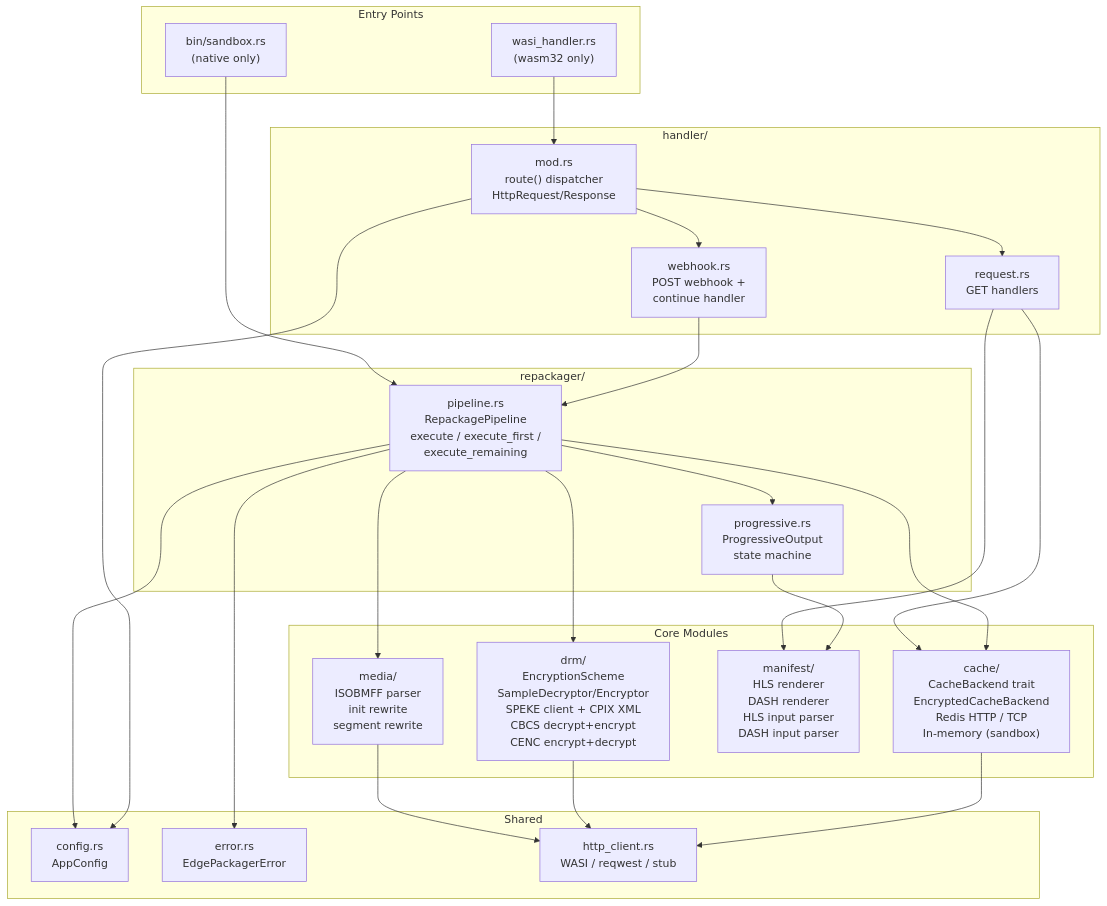
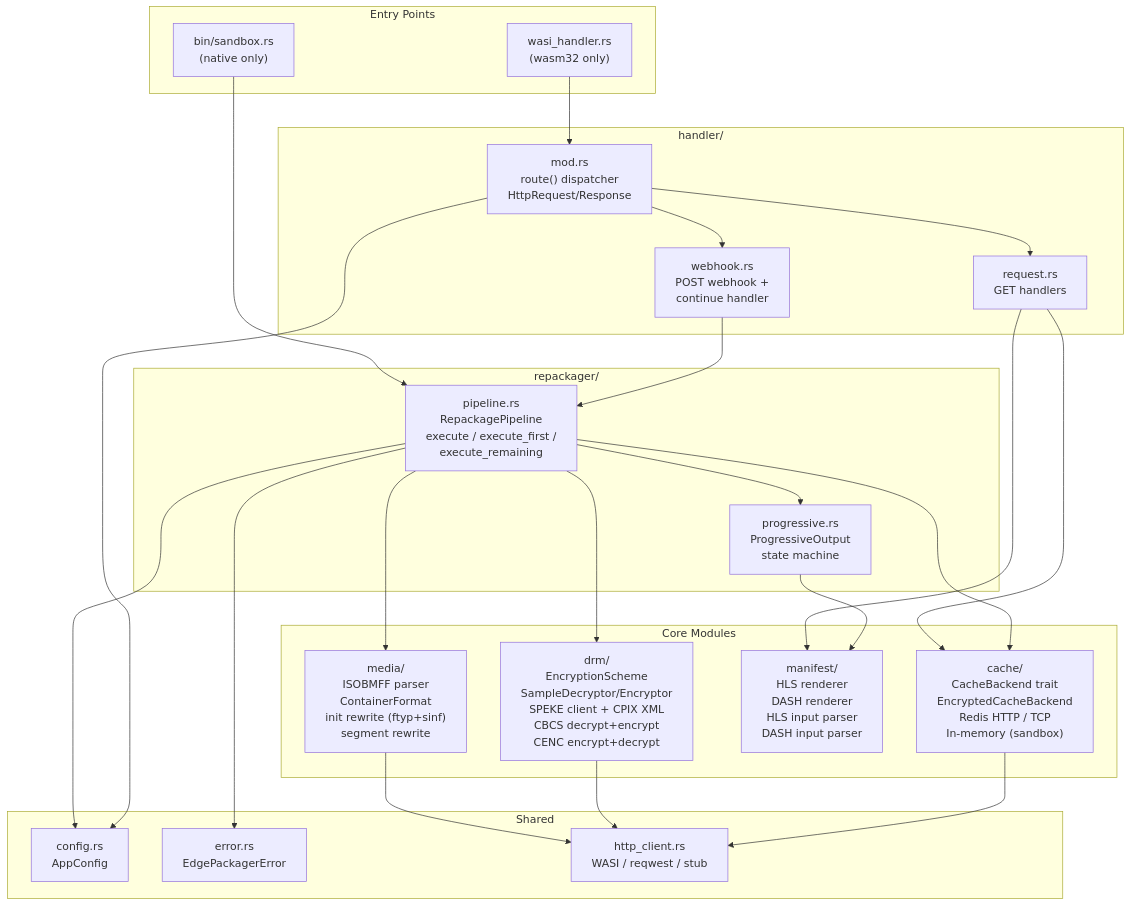
Before and after one commit to adrums86/edgepack: the third of 10 diagrams in docs/architecture.md, drawn with Mermaid. The commit also changed other lines of this file and 19 other files, not shown here.

````diff
--- a/docs/architecture.md
+++ b/docs/architecture.md
@@ -110,54 +110,54 @@
 ```mermaid
 graph TD
     subgraph Entry["Entry Points"]
         WASI["wasi_handler.rs<br/>(wasm32 only)"]
         Sandbox["bin/sandbox.rs<br/>(native only)"]
     end
 
     subgraph Handler["handler/"]
         Router["mod.rs<br/>route() dispatcher<br/>HttpRequest/Response"]
         Request["request.rs<br/>GET handlers"]
         Webhook["webhook.rs<br/>POST webhook +<br/>continue handler"]
     end
 
     subgraph Repackager["repackager/"]
         RPipeline["pipeline.rs<br/>RepackagePipeline<br/>execute / execute_first /<br/>execute_remaining"]
         Progressive["progressive.rs<br/>ProgressiveOutput<br/>state machine"]
     end
 
     subgraph Core["Core Modules"]
-        Media["media/<br/>ISOBMFF parser<br/>init rewrite<br/>segment rewrite"]
+        Media["media/<br/>ISOBMFF parser<br/>ContainerFormat<br/>init rewrite (ftyp+sinf)<br/>segment rewrite"]
         DRMMod["drm/<br/>EncryptionScheme<br/>SampleDecryptor/Encryptor<br/>SPEKE client + CPIX XML<br/>CBCS decrypt+encrypt<br/>CENC encrypt+decrypt"]
         Manifest["manifest/<br/>HLS renderer<br/>DASH renderer<br/>HLS input parser<br/>DASH input parser"]
         CacheMod2["cache/<br/>CacheBackend trait<br/>EncryptedCacheBackend<br/>Redis HTTP / TCP<br/>In-memory (sandbox)"]
     end
 
     subgraph Shared["Shared"]
         Config["config.rs<br/>AppConfig"]
         Error["error.rs<br/>EdgePackagerError"]
         HTTP["http_client.rs<br/>WASI / reqwest / stub"]
     end
 
     WASI --> Router
     Sandbox --> RPipeline
 
     Router --> Request
     Router --> Webhook
     Request --> CacheMod2
     Request --> Manifest
     Webhook --> RPipeline
 
     RPipeline --> Media
     RPipeline --> DRMMod
     RPipeline --> Progressive
     RPipeline --> CacheMod2
     Progressive --> Manifest
 
     Media --> HTTP
     DRMMod --> HTTP
     CacheMod2 --> HTTP
 
     RPipeline --> Config
     RPipeline --> Error
     Router --> Config
 ```
````
